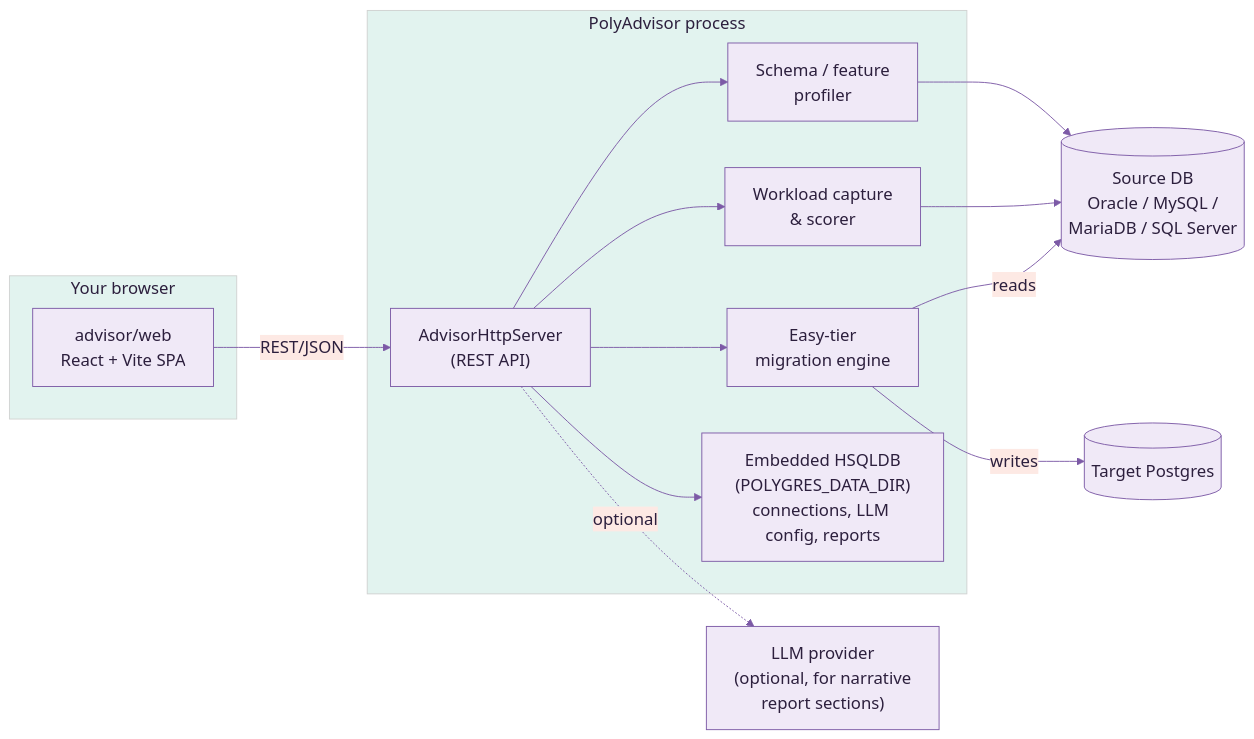
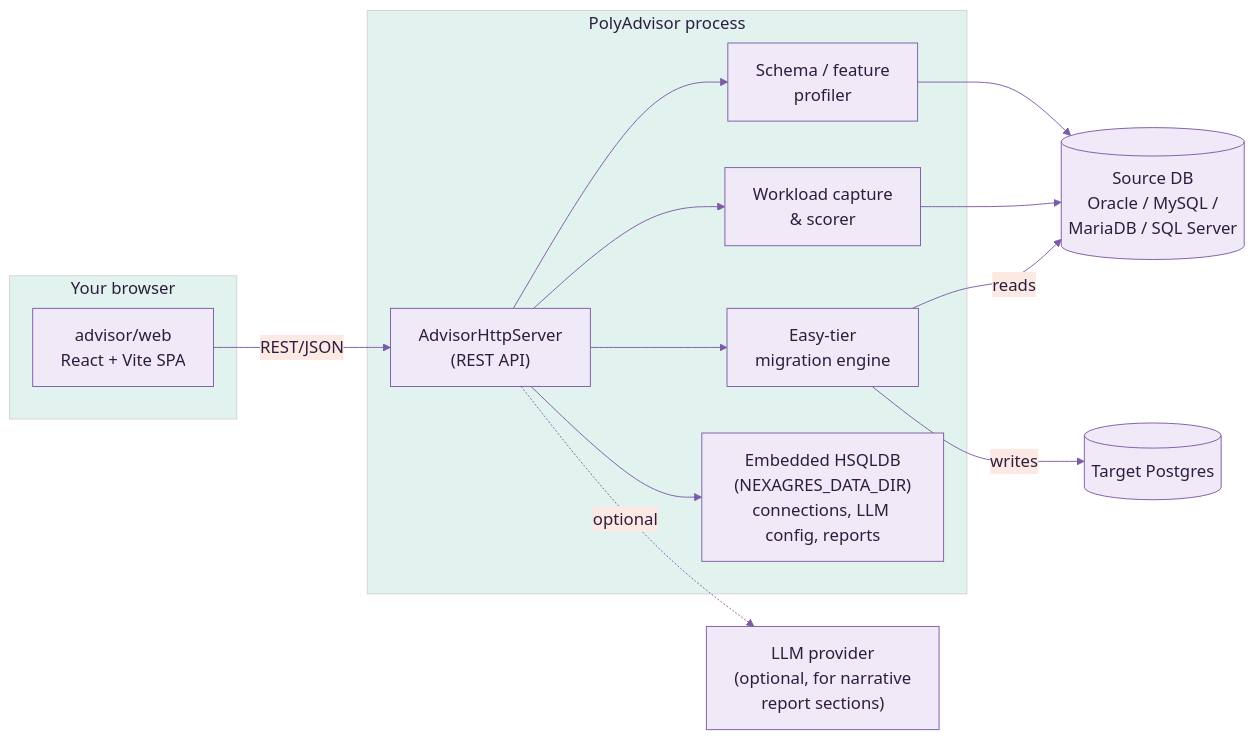
One commit to polygres26/Docker changed the first of 8 diagrams in docs/USE_CASE_GUIDE.md. Above: the diagram before and after it, drawn with Mermaid. The commit also changed other lines of this file and 790 other files, not shown here.

First line of the commit message:
rename: Polygres -> Nexagres everywhere

````diff
--- a/docs/USE_CASE_GUIDE.md
+++ b/docs/USE_CASE_GUIDE.md
@@ -32,26 +32,26 @@
 ```mermaid
 %%{init: {'theme':'base', 'themeVariables': {'primaryColor':'#f0e9f7','primaryTextColor':'#2c1f3d','primaryBorderColor':'#7c5aa6','lineColor':'#7c5aa6','secondaryColor':'#fde9e4','secondaryTextColor':'#2c1f3d','tertiaryColor':'#e2f3ef','tertiaryTextColor':'#2c1f3d','noteBkgColor':'#fde9e4','noteTextColor':'#2c1f3d','noteBorderColor':'#d97a5f','fontSize':'18px','fontFamily':'-apple-system, Helvetica, Arial, sans-serif'}}}%%
 flowchart LR
     subgraph Client["Your browser"]
         UI["advisor/web\nReact + Vite SPA"]
     end
     subgraph Advisor["PolyAdvisor process"]
         HTTP["AdvisorHttpServer\n(REST API)"]
         Profiler["Schema / feature\nprofiler"]
         Workload["Workload capture\n& scorer"]
         Migrator["Easy-tier\nmigration engine"]
-        Store["Embedded HSQLDB\n(POLYGRES_DATA_DIR)\nconnections, LLM config, reports"]
+        Store["Embedded HSQLDB\n(NEXAGRES_DATA_DIR)\nconnections, LLM config, reports"]
     end
     Source[("Source DB\nOracle / MySQL /\nMariaDB / SQL Server")]
     PG[("Target Postgres")]
     LLM["LLM provider\n(optional, for narrative\nreport sections)"]
 
     UI -->|REST/JSON| HTTP
     HTTP --> Profiler --> Source
     HTTP --> Workload --> Source
     HTTP --> Migrator
     Migrator -->|reads| Source
     Migrator -->|writes| PG
     HTTP --> Store
     HTTP -.optional.-> LLM
 ```
````
